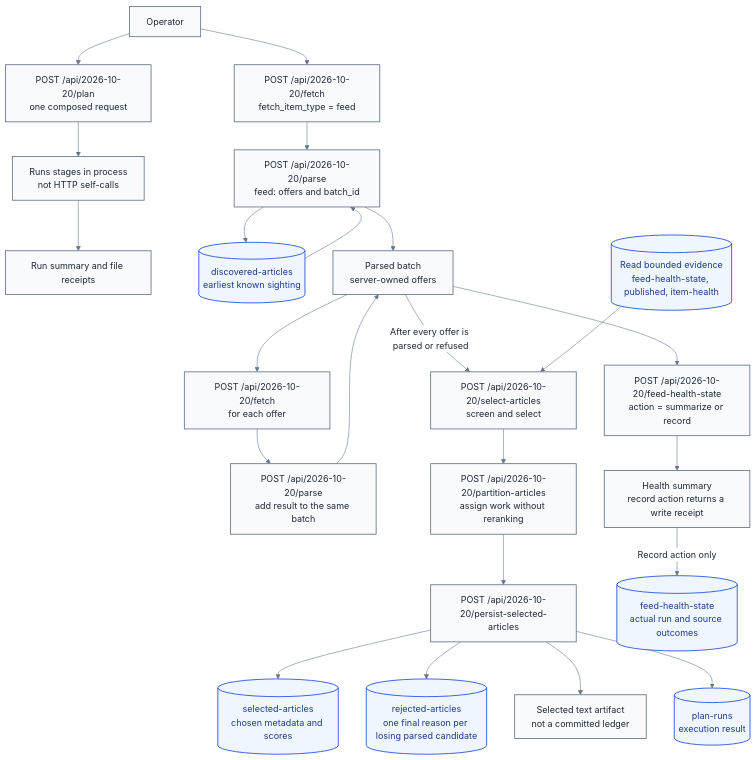
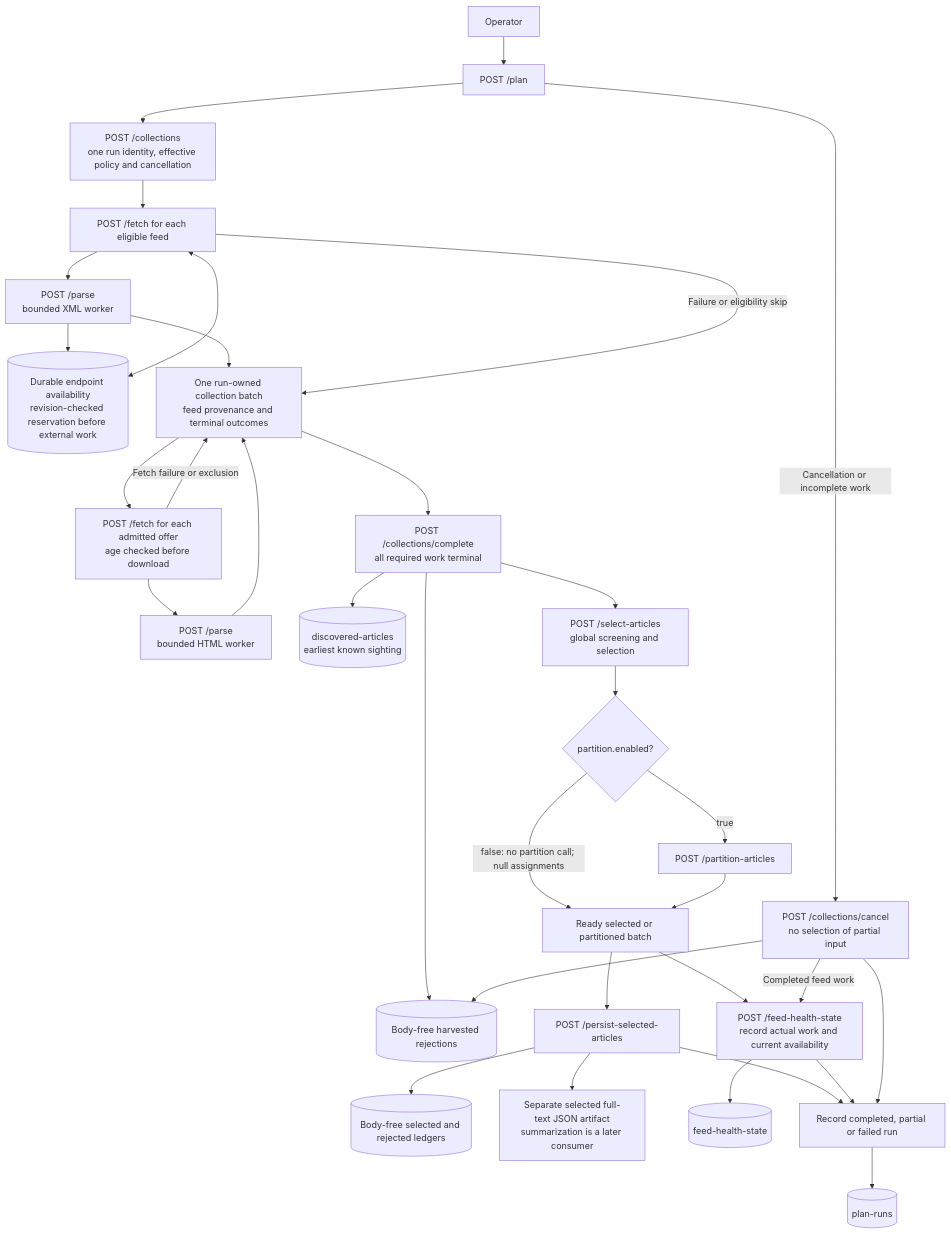
Before and after one commit to miztiik/yen-idhazh: the diagram in docs/architecture/sources/feed-operator-api.md, drawn with Mermaid. The commit also changed other lines of this file and 101 other files, not shown here.

First line of the commit message:
Deliver timed feed recovery and HTTP planner orchestration

````diff
--- a/docs/architecture/sources/feed-operator-api.md
+++ b/docs/architecture/sources/feed-operator-api.md
@@ -154,32 +164,35 @@
 ```mermaid
-%%{init: {"theme": "base", "themeVariables": {"fontFamily": "sans-serif", "primaryColor": "#f8fafc", "primaryTextColor": "#1f2937", "primaryBorderColor": "#64748b", "lineColor": "#64748b", "textColor": "#1f2937", "clusterBkg": "#f8fafc", "clusterBorder": "#94a3b8", "edgeLabelBackground": "#ffffff"}}}%%
 flowchart TD
-  OP["Operator"] --> PLAN["POST /api/2026-10-20/plan<br/>one composed request"]
-  PLAN --> COMPOSED["Runs stages in process<br/>not HTTP self-calls"]
-  COMPOSED --> PLAN_RESULT["Run summary and file receipts"]
-
-  OP --> FETCH_FEED["POST /api/2026-10-20/fetch<br/>fetch_item_type = feed"]
-  FETCH_FEED --> PARSE_FEED["POST /api/2026-10-20/parse<br/>feed: offers and batch_id"]
-  DISCOVERY[("discovered-articles<br/>earliest known sighting")] --> PARSE_FEED
-  PARSE_FEED --> DISCOVERY
-  PARSE_FEED --> BATCH["Parsed batch<br/>server-owned offers"]
-  BATCH --> FETCH_ARTICLE["POST /api/2026-10-20/fetch<br/>for each offer"]
-  FETCH_ARTICLE --> PARSE_ARTICLE["POST /api/2026-10-20/parse<br/>add result to the same batch"]
+  OP["Operator"] --> PLAN["POST /plan"]
+  PLAN --> BEGIN["POST /collections<br/>one run identity, effective policy and cancellation"]
+  BEGIN --> FETCH_FEED["POST /fetch for each eligible feed"]
+  CURRENT[("Durable endpoint availability<br/>revision-checked reservation before external work")] <--> FETCH_FEED
+  FETCH_FEED --> PARSE_FEED["POST /parse<br/>bounded XML worker"]
+  PARSE_FEED --> CURRENT
+  PARSE_FEED --> BATCH["One run-owned collection batch<br/>feed provenance and terminal outcomes"]
+  BATCH --> FETCH_ARTICLE["POST /fetch for each admitted offer<br/>age checked before download"]
+  FETCH_ARTICLE --> PARSE_ARTICLE["POST /parse<br/>bounded HTML worker"]
   PARSE_ARTICLE --> BATCH
-  BATCH -->|"After every offer is parsed or refused"| SELECT["POST /api/2026-10-20/select-articles<br/>screen and select"]
-  READ_HISTORY[("Read bounded evidence<br/>feed-health-state, published, item-health")] --> SELECT
-  SELECT --> PARTITION["POST /api/2026-10-20/partition-articles<br/>assign work without reranking"]
-  PARTITION --> PERSIST["POST /api/2026-10-20/persist-selected-articles"]
-  PERSIST --> SELECTED[("selected-articles<br/>chosen metadata and scores")]
-  PERSIST --> REJECTED[("rejected-articles<br/>one final reason per losing parsed candidate")]
-  PERSIST --> TEXT["Selected text artifact<br/>not a committed ledger"]
-  PERSIST --> RUNS[("plan-runs<br/>execution result")]
-  BATCH --> HEALTH_API["POST /api/2026-10-20/feed-health-state<br/>action = summarize or record"]
-  HEALTH_API --> HEALTH_RESULT["Health summary<br/>record action returns a write receipt"]
-  HEALTH_RESULT -->|"Record action only"| HEALTH_LEDGER[("feed-health-state<br/>actual run and source outcomes")]
-
-  classDef stage fill:#f8fafc,stroke:#64748b,stroke-width:1.5px,color:#1f2937;
-  classDef ledger fill:#eff6ff,stroke:#1d4ed8,stroke-width:1.5px,color:#1e3a8a;
-  class OP,PLAN,COMPOSED,PLAN_RESULT,FETCH_FEED,PARSE_FEED,BATCH,FETCH_ARTICLE,PARSE_ARTICLE,SELECT,PARTITION,PERSIST,TEXT,HEALTH_API,HEALTH_RESULT stage;
-  class DISCOVERY,READ_HISTORY,SELECTED,REJECTED,RUNS,HEALTH_LEDGER ledger;
+  FETCH_FEED -->|"Failure or eligibility skip"| BATCH
+  FETCH_ARTICLE -->|"Fetch failure or exclusion"| BATCH
+  BATCH --> COMPLETE["POST /collections/complete<br/>all required work terminal"]
+  COMPLETE --> DISCOVERY[("discovered-articles<br/>earliest known sighting")]
+  COMPLETE --> REJECTIONS[("Body-free harvested rejections")]
+  COMPLETE --> SELECT["POST /select-articles<br/>global screening and selection"]
+  SELECT --> ENABLED{"partition.enabled?"}
+  ENABLED -->|"true"| PARTITION["POST /partition-articles"]
+  ENABLED -->|"false: no partition call; null assignments"| READY["Ready selected or partitioned batch"]
+  PARTITION --> READY
+  READY --> PERSIST["POST /persist-selected-articles"]
+  PERSIST --> METADATA[("Body-free selected and rejected ledgers")]
+  PERSIST --> TEXT["Separate selected full-text JSON artifact<br/>summarization is a later consumer"]
+  READY --> HEALTH["POST /feed-health-state<br/>record actual work and current availability"]
+  HEALTH --> HEALTH_LEDGER[("feed-health-state")]
+  PERSIST --> FINAL["Record completed, partial or failed run"]
+  HEALTH --> FINAL
+  FINAL --> RUNS[("plan-runs")]
+  PLAN -->|"Cancellation or incomplete work"| CANCEL["POST /collections/cancel<br/>no selection of partial input"]
+  CANCEL --> REJECTIONS
+  CANCEL -->|"Completed feed work"| HEALTH
+  CANCEL --> FINAL
 ```
````
